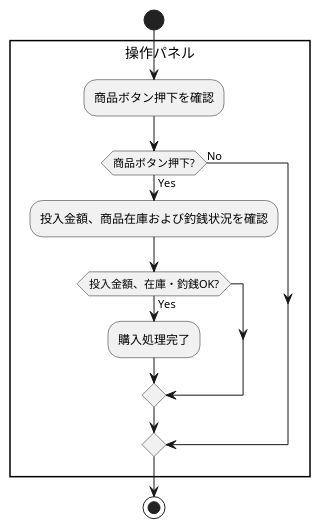
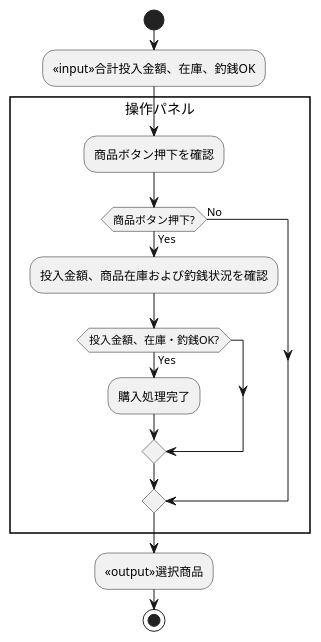
One commit to masaki-kato-119/VendingMachine changed the diagram in アクティビティ図_機能/商品ボタン押下を監視する.wsd. Above: the diagram before and after it, drawn with PlantUML. The commit also changed 11 other files, not shown here.

Commit message:
Add sequence diagrams to verify functionality

```diff
--- a/アクティビティ図_機能/商品ボタン押下を監視する.wsd
+++ b/アクティビティ図_機能/商品ボタン押下を監視する.wsd
@@ -1,14 +1,16 @@
 @startuml
 start
+:<<input>>合計投入金額、在庫、釣銭OK;
 rectangle 操作パネル {
   :商品ボタン押下を確認;
   if (商品ボタン押下?) then (Yes)
     :投入金額、商品在庫および釣銭状況を確認;
     if (投入金額、在庫・釣銭OK?) then (Yes)
         :購入処理完了;
     endif
   else (No)
   endif
 }
+:<<output>>選択商品;
 stop
 @enduml
```
